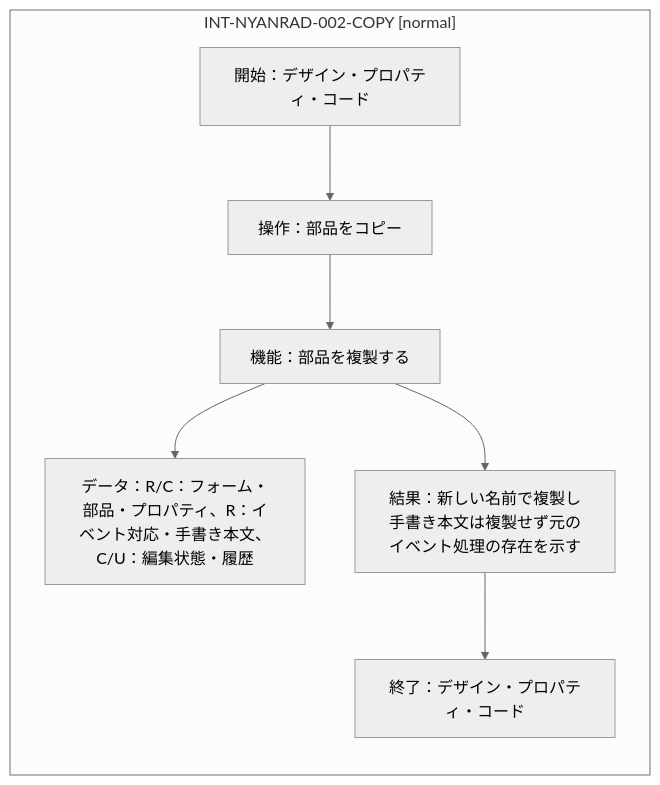
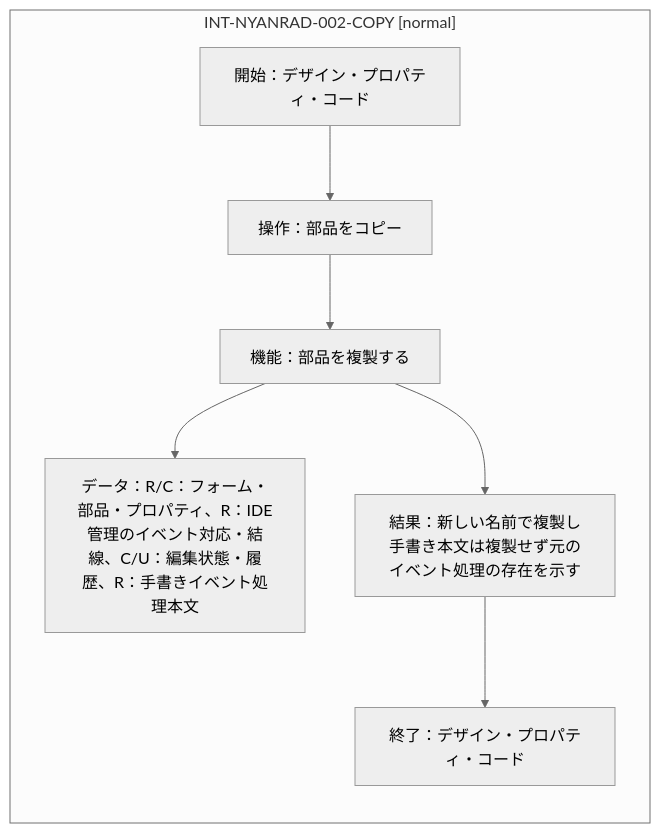
One commit to kosaru/NyanRAD changed the diagram in planning/ifdam/IFDAM-NYANRAD-002/diagrams/07.mmd. Above: the diagram before and after it, drawn with Mermaid (neutral theme). The commit also changed 37 other files, not shown here.

```diff
--- a/planning/ifdam/IFDAM-NYANRAD-002/diagrams/07.mmd
+++ b/planning/ifdam/IFDAM-NYANRAD-002/diagrams/07.mmd
@@ -1,6 +1,6 @@
 flowchart LR
   subgraph I["INT-NYANRAD-002-COPY [normal]"]
     U["開始：デザイン・プロパティ・コード"] --> E["操作：部品をコピー"] --> F["機能：部品を複製する"]
-    F --> D["データ：R/C：フォーム・部品・プロパティ、R：イベント対応・手書き本文、C/U：編集状態・履歴"]
+    F --> D["データ：R/C：フォーム・部品・プロパティ、R：IDE管理のイベント対応・結線、C/U：編集状態・履歴、R：手書きイベント処理本文"]
     F --> R["結果：新しい名前で複製し手書き本文は複製せず元のイベント処理の存在を示す"] --> T["終了：デザイン・プロパティ・コード"]
   end
```
